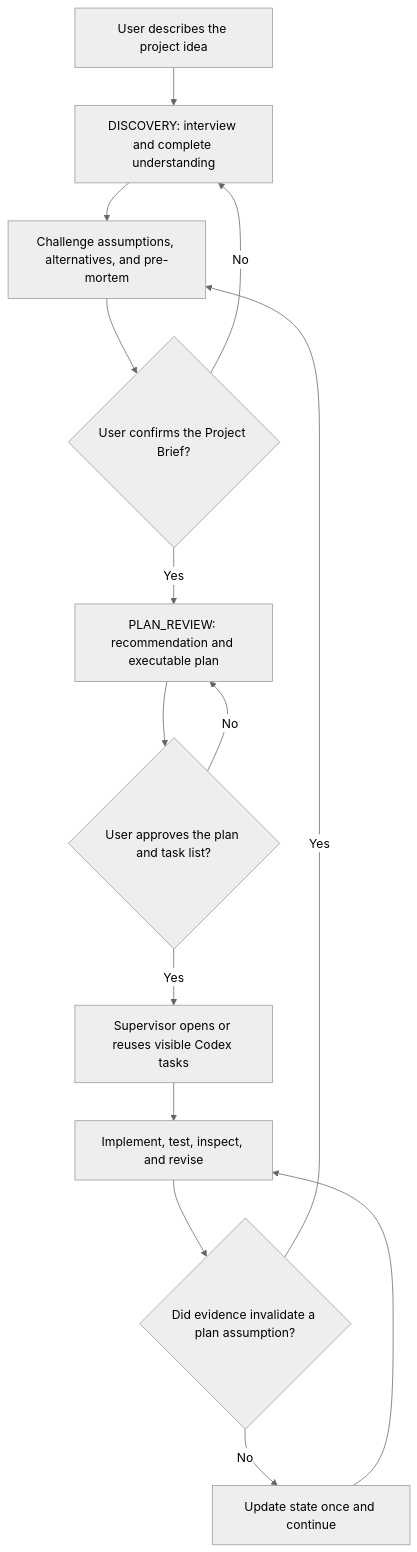
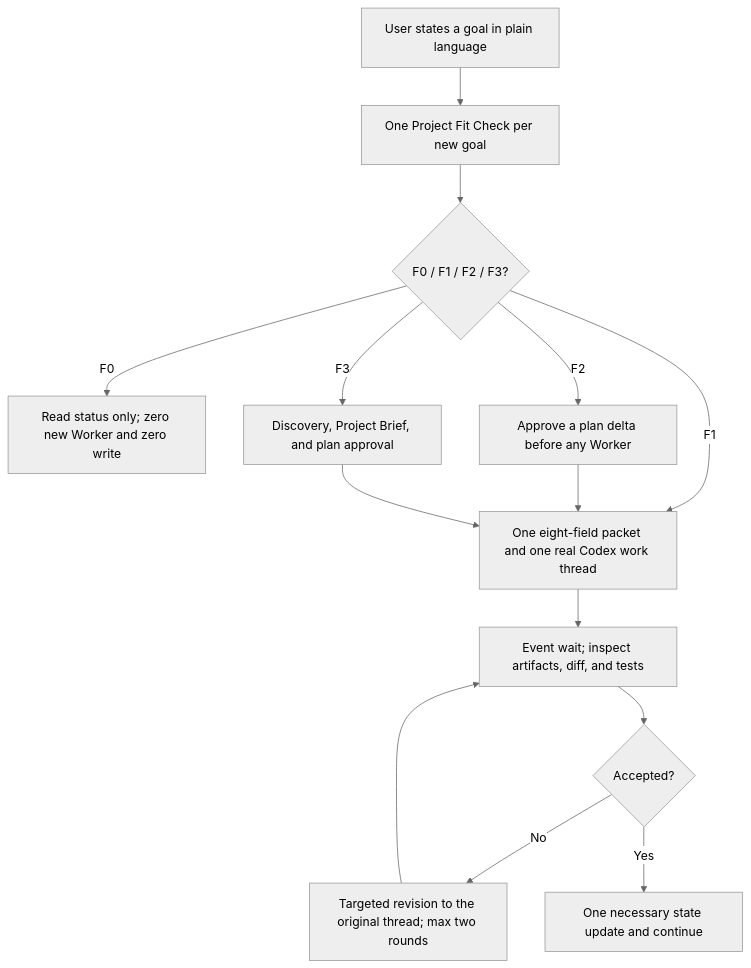
The diagram in .github/README.en.md (zhouczcz/founder-os), drawn with Mermaid (neutral theme) before and after one commit. The commit also changed other lines of this file and 14 other files, not shown here.

````diff
--- a/.github/README.en.md
+++ b/.github/README.en.md
@@ -41,16 +45,16 @@
 ```mermaid
 flowchart TD
-    A["User describes the project idea"] --> B["DISCOVERY: interview and complete understanding"]
-    B --> C["Challenge assumptions, alternatives, and pre-mortem"]
-    C --> D{"User confirms the Project Brief?"}
-    D -->|No| B
-    D -->|Yes| E["PLAN_REVIEW: recommendation and executable plan"]
-    E --> F{"User approves the plan and task list?"}
-    F -->|No| E
-    F -->|Yes| G["Supervisor opens or reuses visible Codex tasks"]
-    G --> H["Implement, test, inspect, and revise"]
-    H --> I{"Did evidence invalidate a plan assumption?"}
-    I -->|Yes| C
-    I -->|No| J["Update state once and continue"]
+    A["User states a goal in plain language"] --> B["One Project Fit Check per new goal"]
+    B --> C{"F0 / F1 / F2 / F3?"}
+    C -->|F0| D["Read status only; zero new Worker and zero write"]
+    C -->|F1| E["One eight-field packet and one real Codex work thread"]
+    C -->|F2| F["Approve a plan delta before any Worker"]
+    C -->|F3| G["Discovery, Project Brief, and plan approval"]
+    F --> E
+    G --> E
+    E --> H["Event wait; inspect artifacts, diff, and tests"]
+    H --> I{"Accepted?"}
+    I -->|No| J["Targeted revision to the original thread; max two rounds"]
     J --> H
+    I -->|Yes| K["One necessary state update and continue"]
 ```
````
